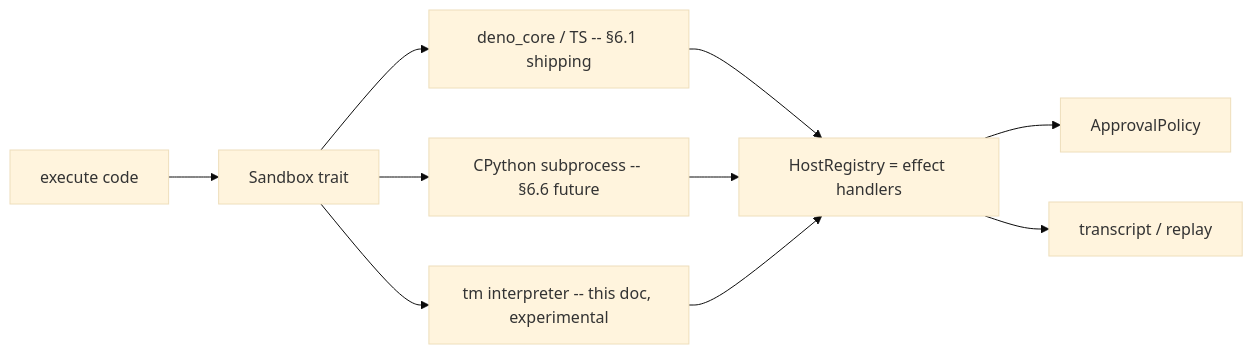
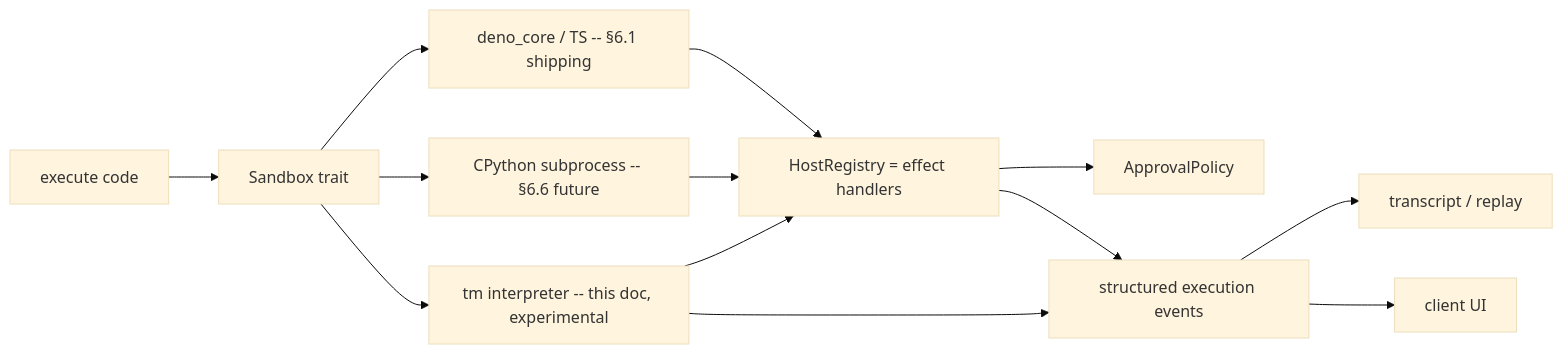
The diagram in docs/design/tm/05-backend-fluency.md (mozufu/TempestMiku), drawn with Mermaid (base theme) before and after one commit. The commit also changed other lines of this file and 6 other files, not shown here.

````diff
--- a/docs/design/tm/05-backend-fluency.md
+++ b/docs/design/tm/05-backend-fluency.md
@@ -8,10 +8,13 @@
 ```mermaid
 flowchart LR
   X[execute code] --> S[Sandbox trait]
   S --> D[deno_core / TS -- §6.1 shipping]
   S --> P[CPython subprocess -- §6.6 future]
   S --> T[tm interpreter -- this doc, experimental]
   D & P & T --> H[HostRegistry = effect handlers]
   H --> A[ApprovalPolicy]
-  H --> R[transcript / replay]
+  T --> E[structured execution events]
+  H --> E
+  E --> R[transcript / replay]
+  E --> U[client UI]
 ```
````
